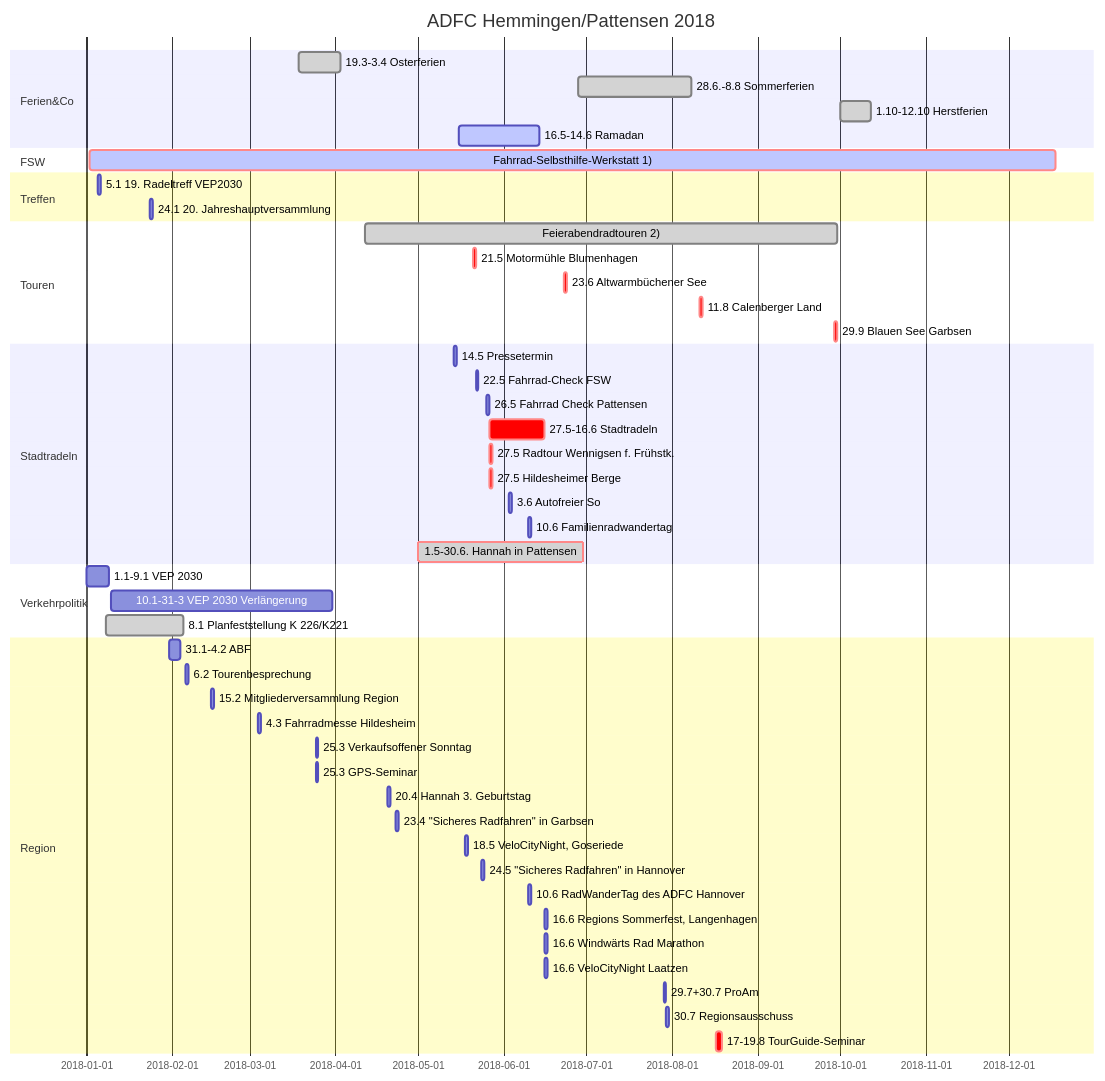
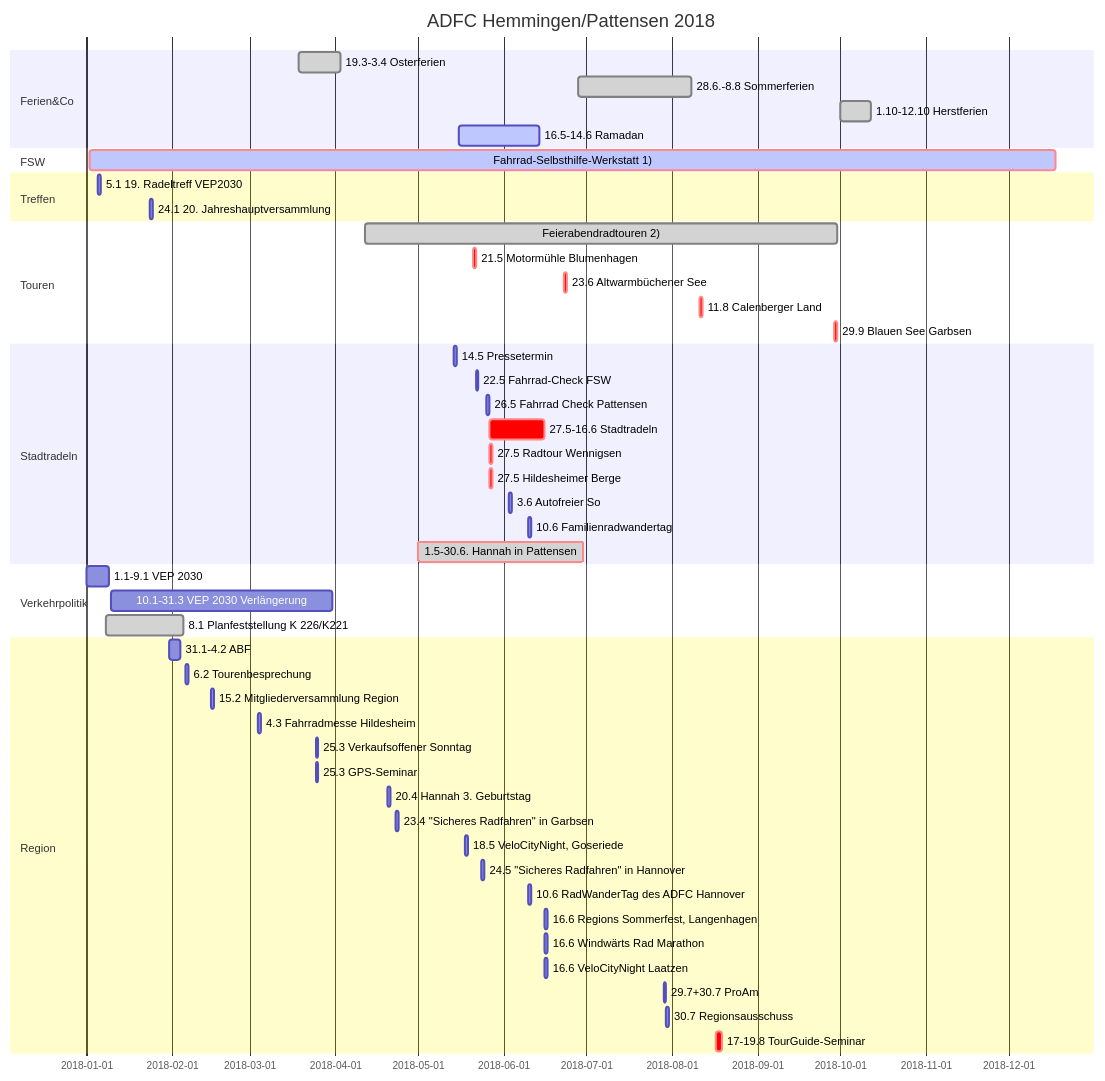
The second of 3 diagrams in Terminplan.md (adfc-hemmingen-pattensen/adfc-hemmingen-pattensen.github.io), drawn with Mermaid before and after one commit. The commit also changed 4 other files, not shown here.

Commit message:
mermaid image now svg

````diff
--- a/Terminplan.md
+++ b/Terminplan.md
@@ -26,60 +26,60 @@
 ```mermaid
 gantt
   title ADFC Hemmingen/Pattensen 2018
   dateFormat  DD.MM.YY
 
 section Ferien&Co
-  19.3-3.4 Osterferien                        :done,        19.03.18, 03.04.18
-  28.6.-8.8 Sommerferien                      :done,        28.06.18, 08.08.18
-  1.10-12.10 Herstferien                      :done,        01.10.18, 12.10.18
-  16.5-14.6  Ramadan                          :active,done, 16.05.18, 14.06.18
+  19.3-3.4 Osterferien                  :done,        19.03.18, 03.04.18
+  28.6.-8.8 Sommerferien                :done,        28.06.18, 08.08.18
+  1.10-12.10 Herstferien                :done,        01.10.18, 12.10.18
+  16.5-14.6  Ramadan                    :active,done, 16.05.18, 14.06.18
 
 section FSW
-  Fahrrad-Selbsthilfe-Werkstatt 1)            :crit,active, 02.01.18, 18.12.18
+  Fahrrad-Selbsthilfe-Werkstatt 1)      :crit,active, 02.01.18, 18.12.18
 
 section Treffen
-  5.1 19. Radeltreff VEP2030                  :             05.01.18, 1d
-  24.1 20. Jahreshauptversammlung             :             24.01.18, 1d
+  5.1 19. Radeltreff VEP2030            :             05.01.18, 1d
+  24.1 20. Jahreshauptversammlung       :             24.01.18, 1d
 
 section Touren
-  Feierabendradtouren 2)                      :done,        12.04.18, 30.09.18
-  21.5 Motormühle Blumenhagen                 :crit,        21.05.18,1d
-  23.6 Altwarmbüchener See                    :crit,        23.06.18,1d
-  11.8 Calenberger Land                       :crit,        11.08.18,1d
-  29.9 Blauen See Garbsen                     :crit,        29.09.18,1d
+  Feierabendradtouren 2)                :done,        12.04.18, 30.09.18
+  21.5 Motormühle Blumenhagen           :crit,        21.05.18,1d
+  23.6 Altwarmbüchener See              :crit,        23.06.18,1d
+  11.8 Calenberger Land                 :crit,        11.08.18,1d
+  29.9 Blauen See Garbsen               :crit,        29.09.18,1d
 
 section Stadtradeln
-  14.5 Pressetermin                           :             14.05.18, 1d
-  22.5 Fahrrad-Check FSW                      :             22.05.18, 1d
-  26.5 Fahrrad Check Pattensen                :             26.05.18, 1d
-  27.5-16.6 Stadtradeln                       : crit,       27.05.18, 16.06.18
-  27.5 Radtour Wennigsen f. Frühstk.          : crit,       27.05.18, 1d
-  27.5 Hildesheimer Berge                     : crit,       27.05.18, 1d
-  3.6 Autofreier So                           :             03.06.18, 1d
-  10.6 Familienradwandertag                   :             10.06.18, 1d
-  1.5-30.6.  Hannah in Pattensen              :crit, done,  01.05.18, 30.06.18
+  14.5 Pressetermin                     :             14.05.18, 1d
+  22.5 Fahrrad-Check FSW                :             22.05.18, 1d
+  26.5 Fahrrad Check Pattensen          :             26.05.18, 1d
+  27.5-16.6 Stadtradeln                 : crit,       27.05.18, 16.06.18
+  27.5 Radtour Wennigsen                : crit,       27.05.18, 1d
+  27.5 Hildesheimer Berge               : crit,       27.05.18, 1d
+  3.6 Autofreier So                     :             03.06.18, 1d
+  10.6 Familienradwandertag             :             10.06.18, 1d
+  1.5-30.6.  Hannah in Pattensen        :crit, done,  01.05.18, 30.06.18
 
 section Verkehrpolitik
-  1.1-9.1  VEP 2030                           :             01.01.18, 09.01.18    
-  10.1-31-3  VEP 2030 Verlängerung            :             10.01.18, 31.03.18    
-  8.1 Planfeststellung K 226/K221             :done,        08.01.18, 05.02.18    
+  1.1-9.1 VEP 2030                      :             01.01.18, 09.01.18    
+  10.1-31.3 VEP 2030 Verlängerung       :             10.01.18, 31.03.18    
+  8.1 Planfeststellung K 226/K221       :done,        08.01.18, 05.02.18    
 
 section Region
-  31.1-4.2 ABF                                :             31.01.18, 04.02.18
-  6.2  Tourenbesprechung                      :             06.02.18, 1d
-  15.2  Mitgliederversammlung Region          :             15.02.18, 1d
-  4.3  Fahrradmesse Hildesheim                :             04.03.18, 1d
-  25.3  Verkaufsoffener Sonntag               :             25.03.18, 1d
-  25.3  GPS-Seminar                           :             25.03.18, 1d
-  20.4  Hannah 3. Geburtstag                  :             20.04.18, 1d
-  23.4 "Sicheres Radfahren" in Garbsen        :             23.04.18, 1d
-  18.5 VeloCityNight, Goseriede               :             18.05.18, 1d
-  24.5 "Sicheres Radfahren" in Hannover       :             24.05.18, 1d
-  10.6  RadWanderTag des ADFC Hannover        :             10.06.18, 1d
-  16.6  Regions Sommerfest, Langenhagen       :             16.06.18, 1d
-  16.6  Windwärts Rad Marathon                :             16.06.18, 1d
-  16.6 VeloCityNight Laatzen                  :             16.06.18, 1d
-  29.7+30.7  ProAm                            :             29.07.18, 30.07.18
-  30.7  Regionsausschuss                      :             30.07.18, 1d
-  17-19.8 TourGuide-Seminar                   :crit,        17.08.18, 19.08.18
+  31.1-4.2 ABF                          :             31.01.18, 04.02.18
+  6.2  Tourenbesprechung                :             06.02.18, 1d
+  15.2  Mitgliederversammlung Region    :             15.02.18, 1d
+  4.3  Fahrradmesse Hildesheim          :             04.03.18, 1d
+  25.3  Verkaufsoffener Sonntag         :             25.03.18, 1d
+  25.3  GPS-Seminar                     :             25.03.18, 1d
+  20.4  Hannah 3. Geburtstag            :             20.04.18, 1d
+  23.4 "Sicheres Radfahren" in Garbsen  :             23.04.18, 1d
+  18.5 VeloCityNight, Goseriede         :             18.05.18, 1d
+  24.5 "Sicheres Radfahren" in Hannover :             24.05.18, 1d
+  10.6  RadWanderTag des ADFC Hannover  :             10.06.18, 1d
+  16.6  Regions Sommerfest, Langenhagen :             16.06.18, 1d
+  16.6  Windwärts Rad Marathon          :             16.06.18, 1d
+  16.6 VeloCityNight Laatzen            :             16.06.18, 1d
+  29.7+30.7  ProAm                      :             29.07.18, 30.07.18
+  30.7  Regionsausschuss                :             30.07.18, 1d
+  17-19.8 TourGuide-Seminar             :crit,        17.08.18, 19.08.18
 ```
````
